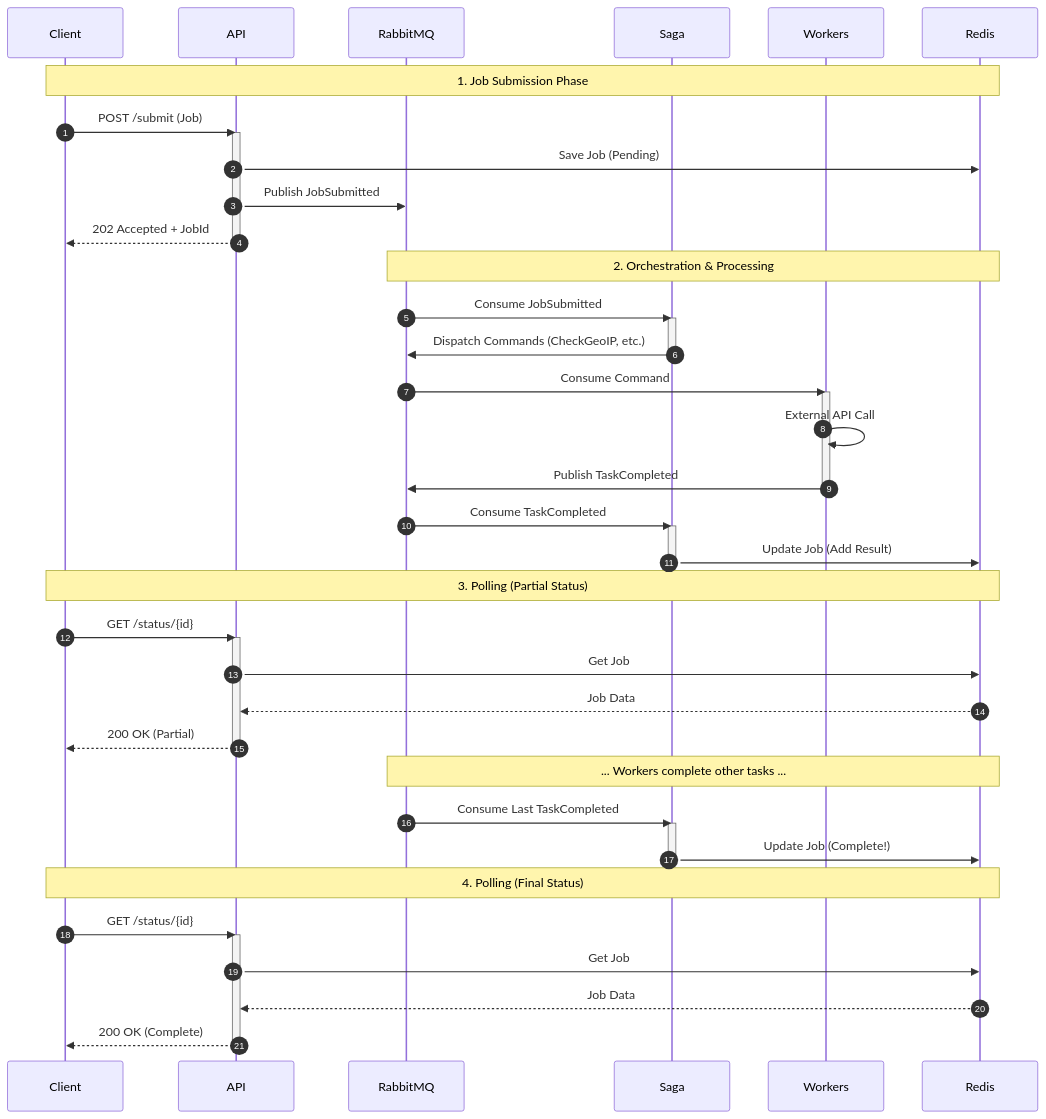
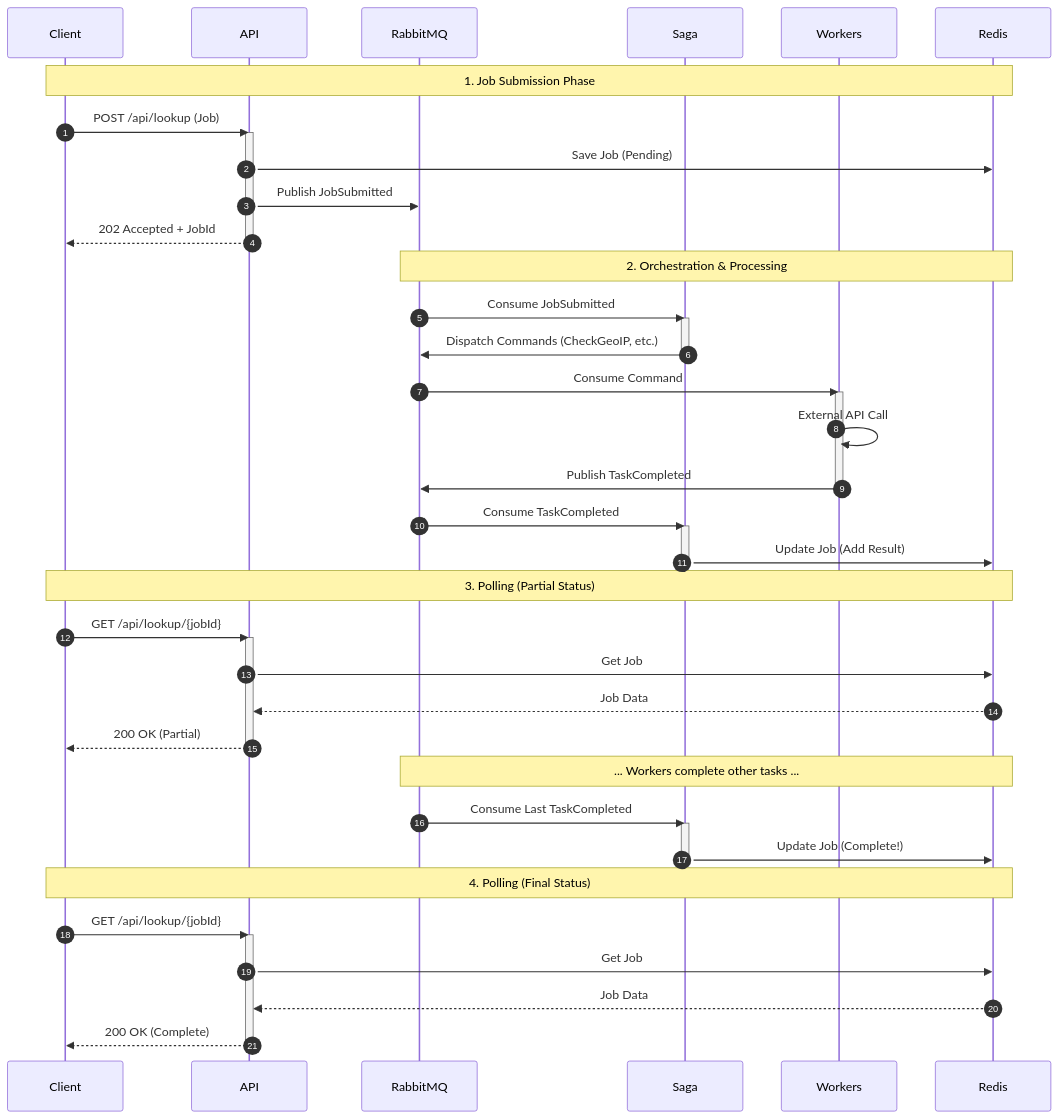
Before and after one commit to sanaullahmohammed/DistributedLookup: the second of 13 diagrams in DIAGRAMS.md, drawn with Mermaid. The commit also changed other lines of this file and 3 other files, not shown here.

Commit message:
docs: Update project documentation to reflect .NET 10 upgrade and clarify architecture highlights

````diff
--- a/DIAGRAMS.md
+++ b/DIAGRAMS.md
@@ -57,62 +61,62 @@
 ```mermaid
 sequenceDiagram
     autonumber
     participant Client
     participant API
     participant RabbitMQ
     participant Saga
     participant Workers
     participant Redis
 
     Note over Client, Redis: 1. Job Submission Phase
     
-    Client->>API: POST /submit (Job)
+    Client->>API: POST /api/lookup (Job)
     activate API
     API->>Redis: Save Job (Pending)
     API->>RabbitMQ: Publish JobSubmitted
     API-->>Client: 202 Accepted + JobId
     deactivate API
 
     Note over RabbitMQ, Redis: 2. Orchestration & Processing
 
     RabbitMQ->>Saga: Consume JobSubmitted
     activate Saga
     Saga->>RabbitMQ: Dispatch Commands (CheckGeoIP, etc.)
     deactivate Saga
 
     RabbitMQ->>Workers: Consume Command
     activate Workers
     Workers->>Workers: External API Call
     Workers->>RabbitMQ: Publish TaskCompleted
     deactivate Workers
 
     RabbitMQ->>Saga: Consume TaskCompleted
     activate Saga
     Saga->>Redis: Update Job (Add Result)
     deactivate Saga
 
     Note over Client, Redis: 3. Polling (Partial Status)
 
-    Client->>API: GET /status/{id}
+    Client->>API: GET /api/lookup/{jobId}
     activate API
     API->>Redis: Get Job
     Redis-->>API: Job Data
     API-->>Client: 200 OK (Partial)
     deactivate API
 
     Note over RabbitMQ, Redis: ... Workers complete other tasks ...
 
     RabbitMQ->>Saga: Consume Last TaskCompleted
     activate Saga
     Saga->>Redis: Update Job (Complete!)
     deactivate Saga
 
     Note over Client, Redis: 4. Polling (Final Status)
 
-    Client->>API: GET /status/{id}
+    Client->>API: GET /api/lookup/{jobId}
     activate API
     API->>Redis: Get Job
     Redis-->>API: Job Data
     API-->>Client: 200 OK (Complete)
     deactivate API
 ```
````
